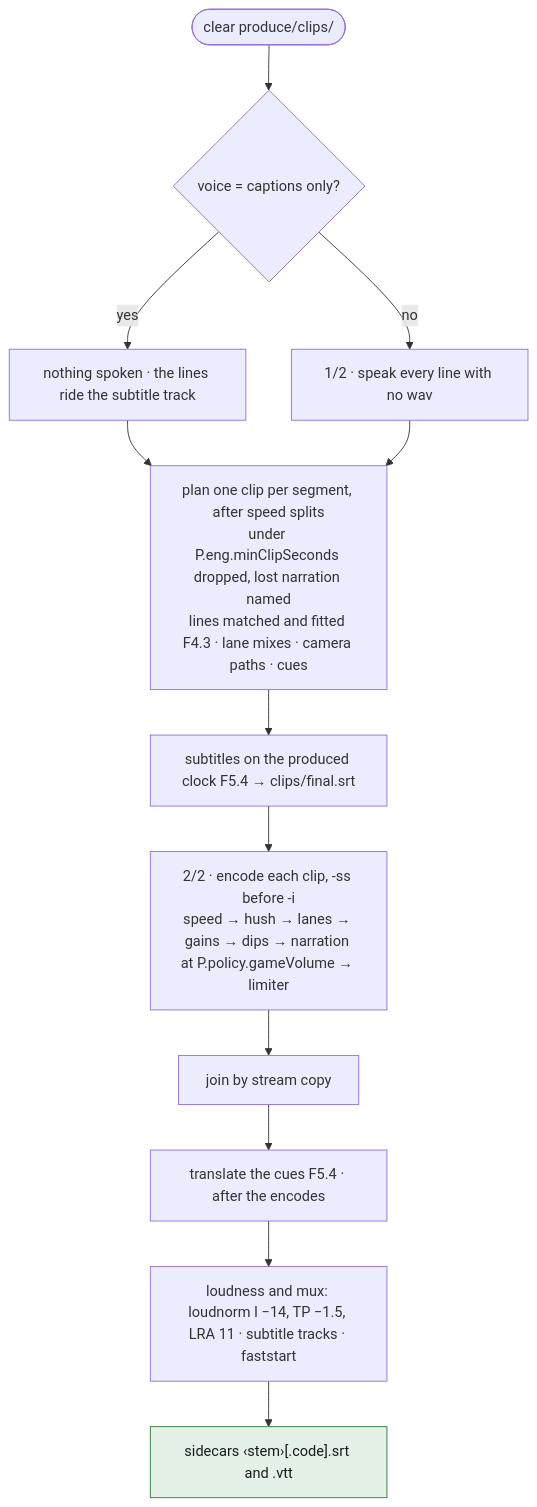
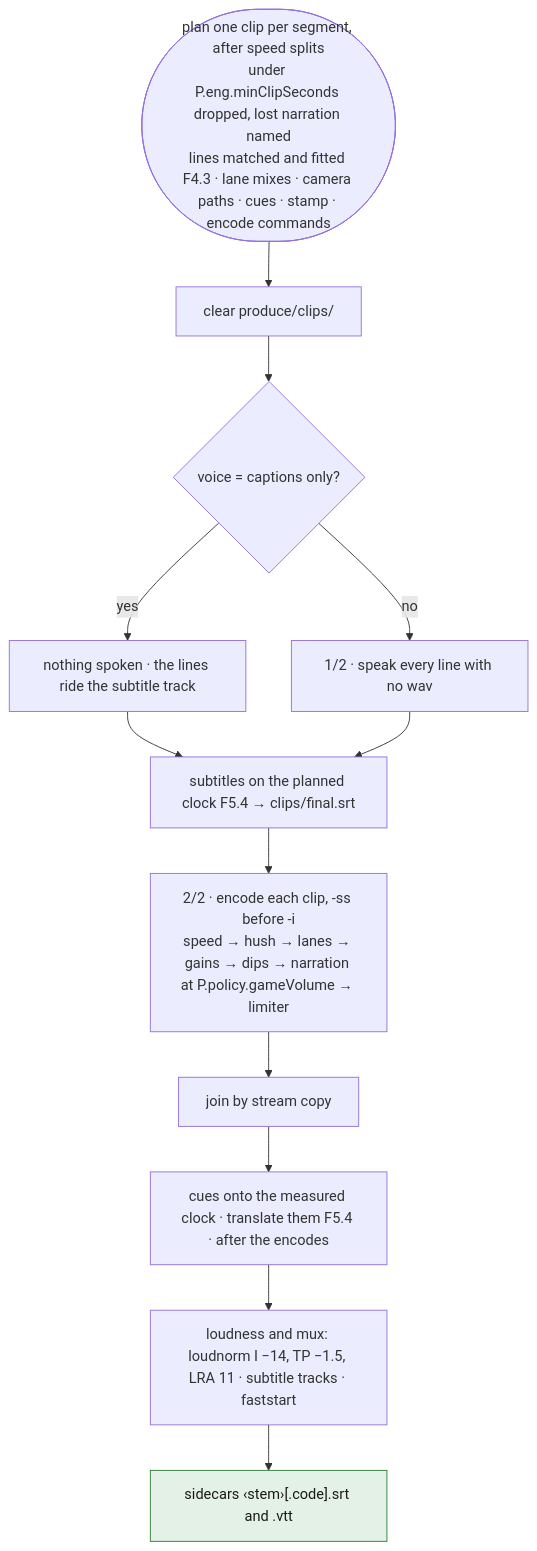
One commit to tbocek/naivepost changed the second of 6 diagrams in spec/08-produce.md. Above: the diagram before and after it, drawn with Mermaid. The commit also changed other lines of this file and 21 other files, not shown here.

````diff
--- a/spec/08-produce.md
+++ b/spec/08-produce.md
@@ -61,17 +61,17 @@
 ```mermaid
 flowchart TD
-  A(["clear produce/clips/"]) --> SPK{"voice = captions only?"}
+  PL(["plan one clip per segment, after speed splits<br/>under P.eng.minClipSeconds dropped, lost narration named<br/>lines matched and fitted F4.3 · lane mixes · camera paths · cues · stamp · encode commands"]) --> A["clear produce/clips/"]
+  A --> SPK{"voice = captions only?"}
   SPK -- yes --> CAPS["nothing spoken · the lines ride the subtitle track"]
   SPK -- no --> SP["1/2 · speak every line with no wav"]
-  CAPS --> PL
-  SP --> PL["plan one clip per segment, after speed splits<br/>under P.eng.minClipSeconds dropped, lost narration named<br/>lines matched and fitted F4.3 · lane mixes · camera paths · cues"]
-  PL --> SUB["subtitles on the produced clock F5.4 → clips/final.srt"]
+  CAPS --> SUB
+  SP --> SUB["subtitles on the planned clock F5.4 → clips/final.srt"]
   SUB --> ENC["2/2 · encode each clip, -ss before -i<br/>speed → hush → lanes → gains → dips → narration at P.policy.gameVolume → limiter"]
   ENC --> JN["join by stream copy"]
-  JN --> TR["translate the cues F5.4 · after the encodes"]
+  JN --> TR["cues onto the measured clock · translate them F5.4 · after the encodes"]
   TR --> MX["loudness and mux: loudnorm I −14, TP −1.5, LRA 11 · subtitle tracks · faststart"]
   MX --> SC["sidecars ‹stem›[.code].srt and .vtt"]:::done
   classDef refuse fill:#fde2e1,stroke:#c01c28,color:#1a1a1a
   classDef done fill:#e3f1e6,stroke:#2e7d32,color:#1a1a1a
   classDef ask fill:#e8eefc,stroke:#3a63c8,color:#1a1a1a
 ```
````
